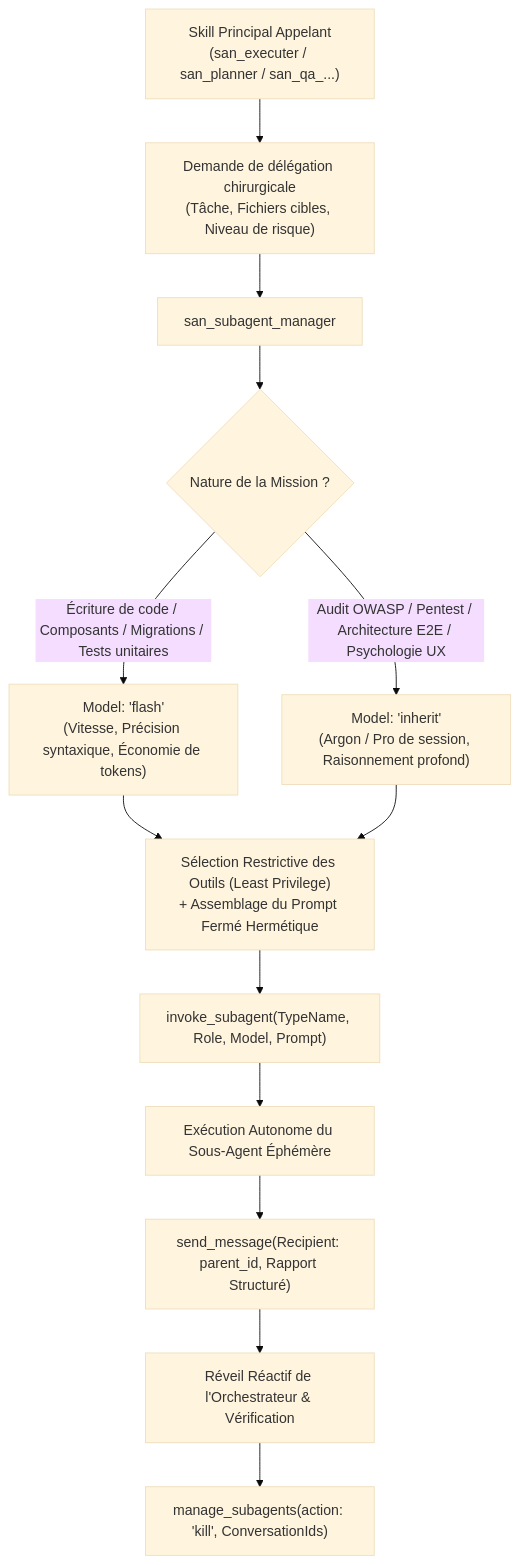
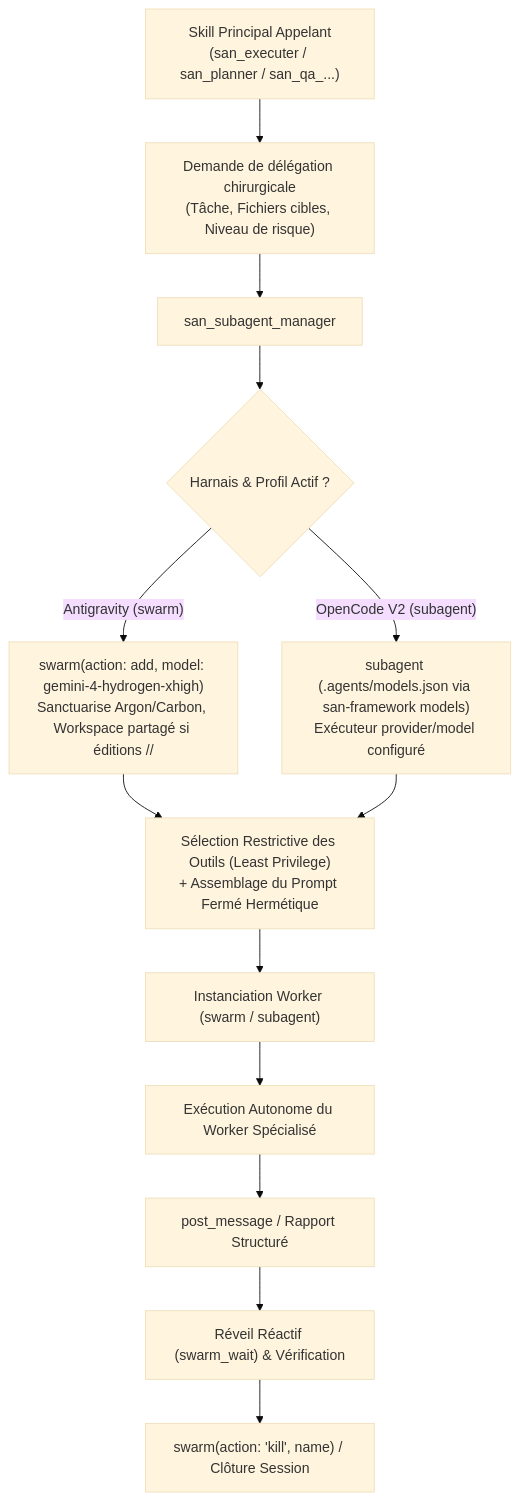
The first of 3 diagrams in sub-skills/san_subagent_manager.md (alexsan-dev/san_agy_framework), drawn with Mermaid (base theme) before and after one commit. The commit also changed other lines of this file and 69 other files, not shown here.

Commit message:
release(v2.2.0): dual-harness Antigravity + OpenCode V2, models CLI, san_transcriber & cognitive unshackling

````diff
--- a/sub-skills/san_subagent_manager.md
+++ b/sub-skills/san_subagent_manager.md
@@ -65,19 +67,19 @@
 ```mermaid
 flowchart TD
     ParentSkill["Skill Principal Appelant\n(san_executer / san_planner / san_qa_...)"] --> Req["Demande de délégation chirurgicale\n(Tâche, Fichiers cibles, Niveau de risque)"]
     
     Req --> Manager["san_subagent_manager"]
     
-    Manager --> ModelDecision{"Nature de la Mission ?"}
-    ModelDecision -->|"Écriture de code / Composants / Migrations / Tests unitaires"| RouteFlash["Model: 'flash'\n(Vitesse, Précision syntaxique, Économie de tokens)"]
-    ModelDecision -->|"Audit OWASP / Pentest / Architecture E2E / Psychologie UX"| RouteInherit["Model: 'inherit'\n(Argon / Pro de session, Raisonnement profond)"]
+    Manager --> ModelDecision{"Harnais & Profil Actif ?"}
+    ModelDecision -->|"Antigravity (swarm)"| RouteSwarm["swarm(action: add, model: gemini-4-hydrogen-xhigh)\nSanctuarise Argon/Carbon, Workspace partagé si éditions //"]
+    ModelDecision -->|"OpenCode V2 (subagent)"| RouteOpenCode["subagent (.agents/models.json via san-framework models)\nExécuteur provider/model configuré"]
     
-    RouteFlash --> Sandbox["Sélection Restrictive des Outils (Least Privilege)\n+ Assemblage du Prompt Fermé Hermétique"]
-    RouteInherit --> Sandbox
+    RouteSwarm --> Sandbox["Sélection Restrictive des Outils (Least Privilege)\n+ Assemblage du Prompt Fermé Hermétique"]
+    RouteOpenCode --> Sandbox
     
-    Sandbox --> Launch["invoke_subagent(TypeName, Role, Model, Prompt)"]
-    Launch --> Execution["Exécution Autonome du Sous-Agent Éphémère"]
-    Execution --> Report["send_message(Recipient: parent_id, Rapport Structuré)"]
-    Report --> Wakeup["Réveil Réactif de l'Orchestrateur & Vérification"]
-    Wakeup --> Cleanup["manage_subagents(action: 'kill', ConversationIds)"]
+    Sandbox --> Launch["Instanciation Worker (swarm / subagent)"]
+    Launch --> Execution["Exécution Autonome du Worker Spécialisé"]
+    Execution --> Report["post_message / Rapport Structuré"]
+    Report --> Wakeup["Réveil Réactif (swarm_wait) & Vérification"]
+    Wakeup --> Cleanup["swarm(action: 'kill', name) / Clôture Session"]
 ```
````
